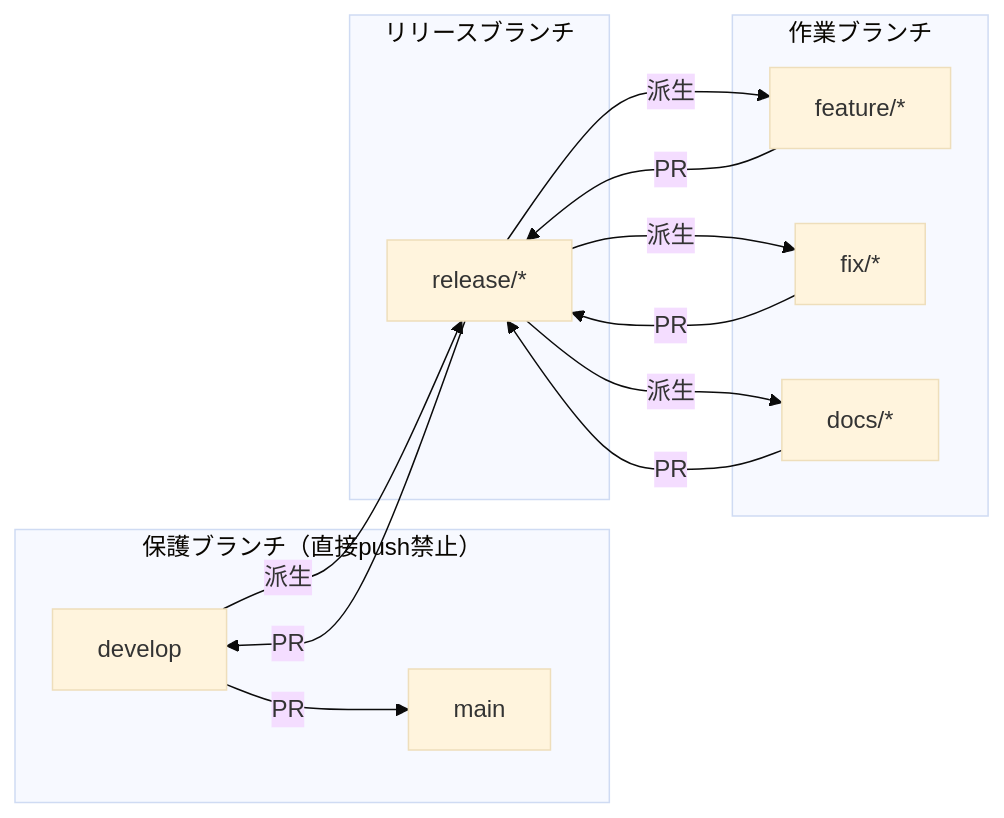
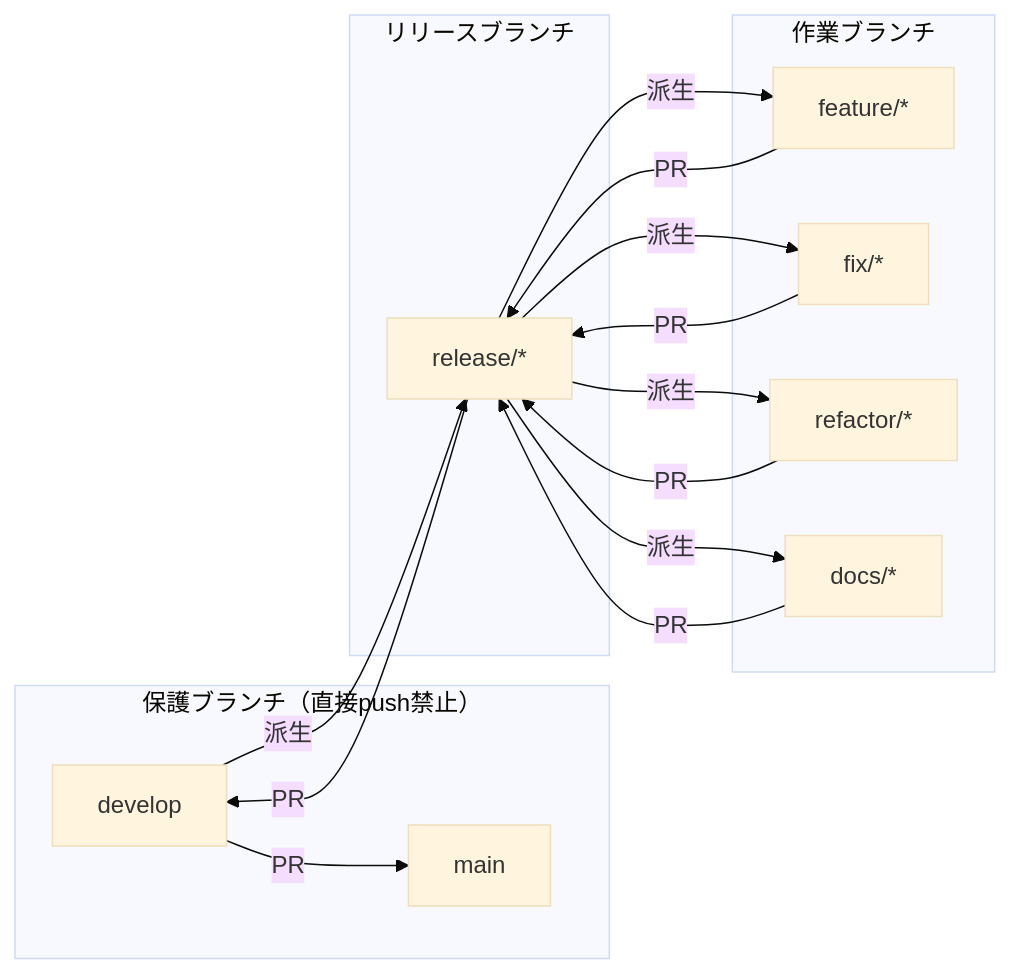
Before and after one commit to tettuan/climpt: the first of 4 diagrams in .claude/skills/branch-management/SKILL.md, drawn with Mermaid (base theme). The commit also changed other lines of this file and 1 other file, not shown here.

````diff
--- a/.claude/skills/branch-management/SKILL.md
+++ b/.claude/skills/branch-management/SKILL.md
@@ -26,29 +26,32 @@
 ```mermaid
 flowchart LR
     subgraph Protected["保護ブランチ（直接push禁止）"]
         main[main]
         develop[develop]
     end
 
     subgraph Release["リリースブランチ"]
         release[release/*]
     end
 
     subgraph Work["作業ブランチ"]
         feature[feature/*]
         fix[fix/*]
+        refactor[refactor/*]
         docs[docs/*]
     end
 
     develop -->|派生| release
     release -->|派生| feature
     release -->|派生| fix
+    release -->|派生| refactor
     release -->|派生| docs
 
     feature -->|PR| release
     fix -->|PR| release
+    refactor -->|PR| release
     docs -->|PR| release
 
     release -->|PR| develop
     develop -->|PR| main
 ```
````
